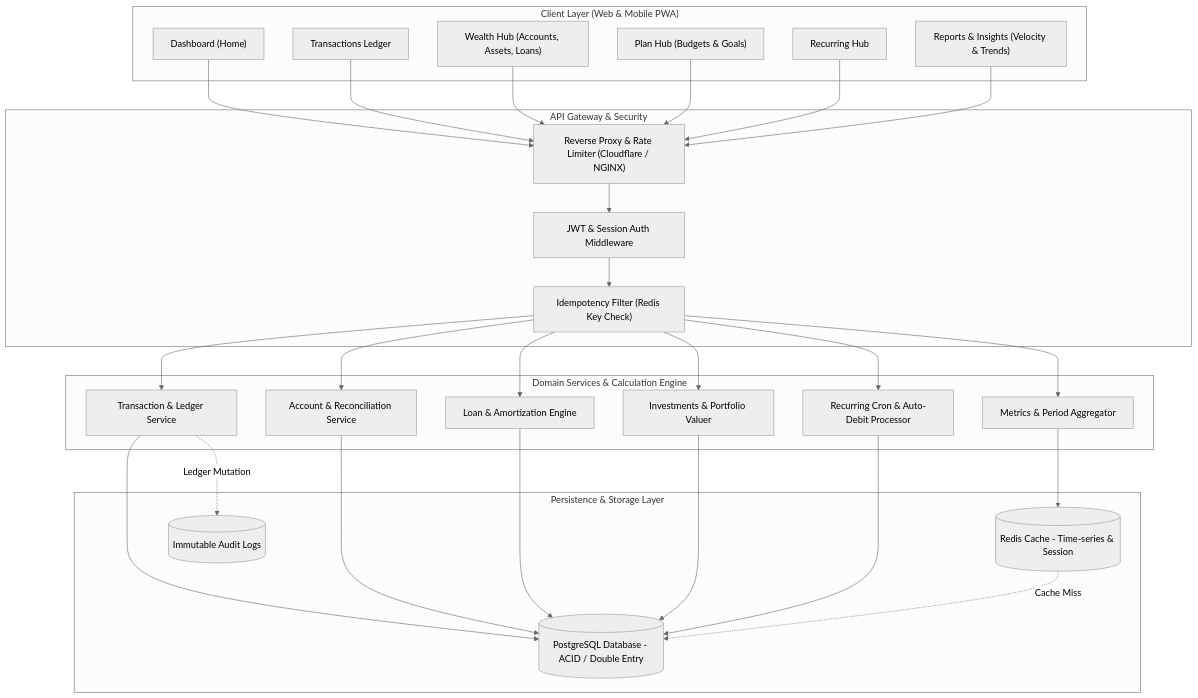
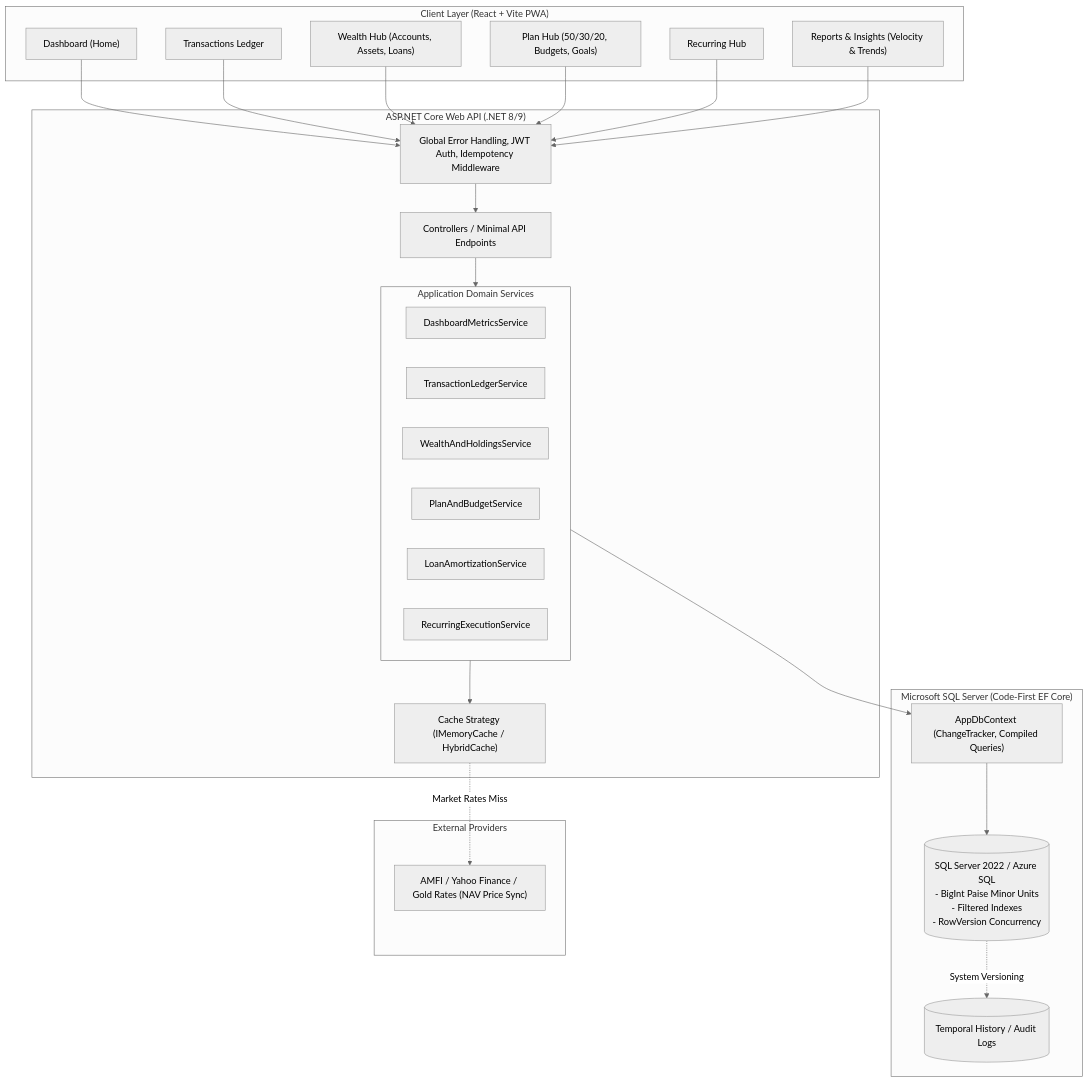
One commit to AbhishekHingmire/daily-finance-garden changed the diagram in docs/backend-api-specification.md. Above: the diagram before and after it, drawn with Mermaid (neutral theme). The commit also changed other lines of this file, not shown here.

Commit message:
docs: adapt backend architecture to .NET Core Web API, SQL Server, and EF Core Code-First

````diff
--- a/docs/backend-api-specification.md
+++ b/docs/backend-api-specification.md
@@ -13,40 +19,46 @@
 ```mermaid
 flowchart TD
-    subgraph ClientLayer ["Client Layer (Web & Mobile PWA)"]
+    subgraph ClientLayer ["Client Layer (React + Vite PWA)"]
         UI_Dash["Dashboard (Home)"]
         UI_Tx["Transactions Ledger"]
         UI_Wealth["Wealth Hub (Accounts, Assets, Loans)"]
-        UI_Plan["Plan Hub (Budgets & Goals)"]
+        UI_Plan["Plan Hub (50/30/20, Budgets, Goals)"]
         UI_Rec["Recurring Hub"]
         UI_Reports["Reports & Insights (Velocity & Trends)"]
     end
 
-    subgraph GatewayLayer ["API Gateway & Security"]
-        Gateway["Reverse Proxy & Rate Limiter (Cloudflare / NGINX)"]
-        AuthMiddleware["JWT & Session Auth Middleware"]
-        IdempotencyFilter["Idempotency Filter (Redis Key Check)"]
+    subgraph ApiLayer ["ASP.NET Core Web API (.NET 8/9)"]
+        Middleware["Global Error Handling, JWT Auth, Idempotency Middleware"]
+        Controllers["Controllers / Minimal API Endpoints"]
+        
+        subgraph Services ["Application Domain Services"]
+            DashboardSvc["DashboardMetricsService"]
+            TxSvc["TransactionLedgerService"]
+            WealthSvc["WealthAndHoldingsService"]
+            PlanSvc["PlanAndBudgetService"]
+            LoanSvc["LoanAmortizationService"]
+            RecurringSvc["RecurringExecutionService"]
+        end
+
+        CacheManager["Cache Strategy (IMemoryCache / HybridCache)"]
     end
 
-    subgraph ServiceLayer ["Domain Services & Calculation Engine"]
-        TxService["Transaction & Ledger Service"]
-        AccountService["Account & Reconciliation Service"]
-        MetricsService["Metrics & Period Aggregator"]
-        LoanService["Loan & Amortization Engine"]
-        HoldingService["Investments & Portfolio Valuer"]
-        RecurringScheduler["Recurring Cron & Auto-Debit Processor"]
+    subgraph DataLayer ["Microsoft SQL Server (Code-First EF Core)"]
+        EFCore["AppDbContext (ChangeTracker, Compiled Queries)"]
+        SQLServer[("SQL Server 2022 / Azure SQL\n- BigInt Paise Minor Units\n- Filtered Indexes\n- RowVersion Concurrency")]
+        AuditHistory[("Temporal History / Audit Logs")]
     end
 
-    subgraph PersistenceLayer ["Persistence & Storage Layer"]
-        Postgres[(PostgreSQL Database - ACID / Double Entry)]
-        RedisCache[(Redis Cache - Time-series & Session)]
-        AuditStore[(Immutable Audit Logs)]
+    subgraph ExternalServices ["External Providers"]
+        NavFeed["AMFI / Yahoo Finance / Gold Rates (NAV Price Sync)"]
     end
 
-    UI_Dash & UI_Tx & UI_Wealth & UI_Plan & UI_Rec & UI_Reports --> Gateway
-    Gateway --> AuthMiddleware --> IdempotencyFilter
-    IdempotencyFilter --> TxService & AccountService & MetricsService & LoanService & HoldingService & RecurringScheduler
-    TxService & AccountService & LoanService & HoldingService & RecurringScheduler --> Postgres
-    MetricsService --> RedisCache
-    RedisCache -. Cache Miss .-> Postgres
-    TxService -. Ledger Mutation .-> AuditStore
+    UI_Dash & UI_Tx & UI_Wealth & UI_Plan & UI_Rec & UI_Reports --> Middleware
+    Middleware --> Controllers
+    Controllers --> Services
+    Services --> EFCore
+    Services --> CacheManager
+    CacheManager -. Market Rates Miss .-> NavFeed
+    EFCore --> SQLServer
+    SQLServer -. System Versioning .-> AuditHistory
 ```
````
